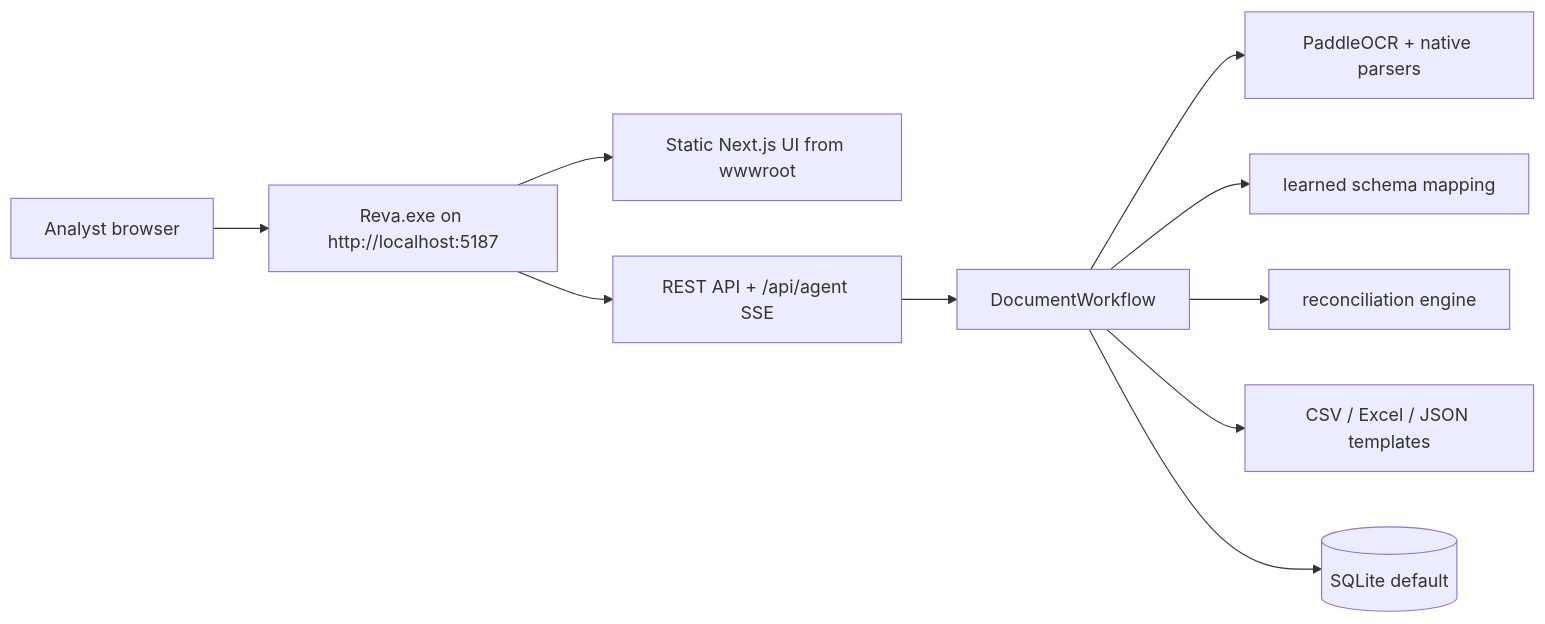
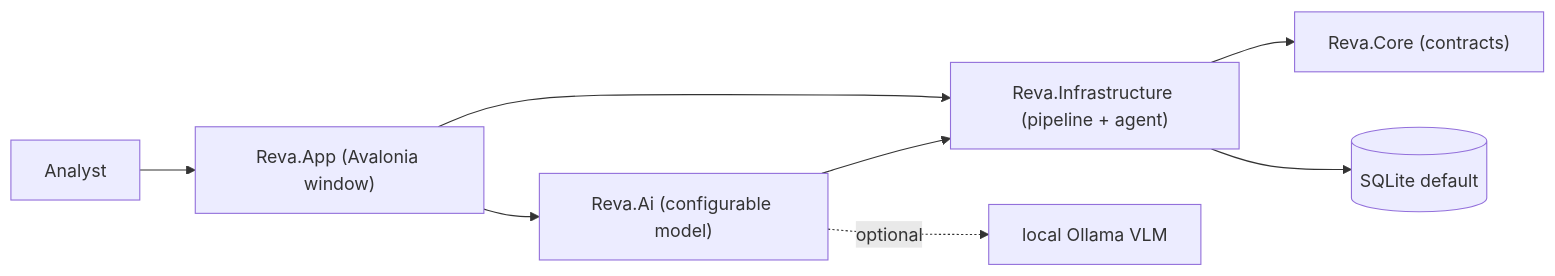
Before and after one commit to xt0n1-t3ch/Reva: the diagram in docs/index.md, drawn with Mermaid. The commit also changed other lines of this file and 95 other files, not shown here.

First line of the commit message:
feat(app): Reva 2.0 — native Avalonia app, VLM-first pipeline, agentic copilot

````diff
--- a/docs/index.md
+++ b/docs/index.md
@@ -25,12 +33,10 @@
 ```mermaid
 flowchart LR
-  Browser["Analyst browser"] --> Host["Reva.exe on http://localhost:5187"]
-  Host --> UI["Static Next.js UI from wwwroot"]
-  Host --> API["REST API + /api/agent SSE"]
-  API --> Workflow["DocumentWorkflow"]
-  Workflow --> OCR["PaddleOCR + native parsers"]
-  Workflow --> Map["learned schema mapping"]
-  Workflow --> Reconcile["reconciliation engine"]
-  Workflow --> Export["CSV / Excel / JSON templates"]
-  Workflow --> Store[("SQLite default")]
+  User["Analyst"] --> App["Reva.App (Avalonia window)"]
+  App --> Ai["Reva.Ai (configurable model)"]
+  App --> Infra["Reva.Infrastructure (pipeline + agent)"]
+  Ai --> Infra
+  Infra --> Core["Reva.Core (contracts)"]
+  Infra --> Store[("SQLite default")]
+  Ai -. optional .-> Ollama["local Ollama VLM"]
 ```
````
